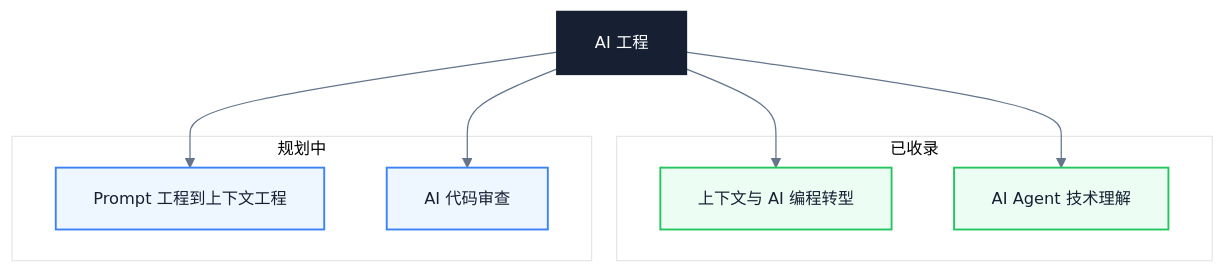
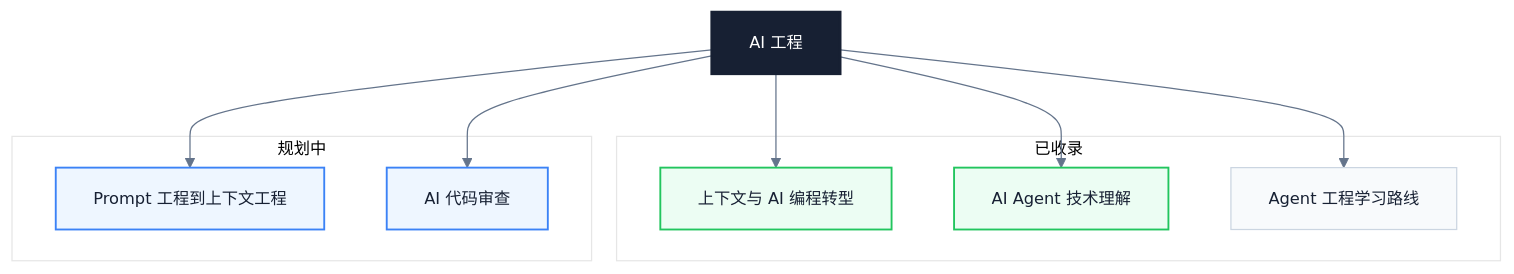
Before and after one commit to Fatejian/frontier-vault: the diagram in docs/ai/index.md, drawn with Mermaid. The commit also changed other lines of this file and 5 other files, not shown here.

````diff
--- a/docs/ai/index.md
+++ b/docs/ai/index.md
@@ -17,29 +17,31 @@
 ```mermaid
 %%{init: {'theme': 'base', 'themeVariables': {'fontFamily': 'Inter, PingFang SC, Microsoft YaHei, sans-serif', 'primaryColor': '#F8FAFC', 'primaryTextColor': '#172033', 'primaryBorderColor': '#CBD5E1', 'lineColor': '#64748B', 'fontSize': '13px'}}}%%
 
 flowchart TB
     center["AI 工程"]
 
     subgraph 已收录
         work1["上下文与 AI 编程转型"]
         work2["AI Agent 技术理解"]
+        work3["Agent 工程学习路线"]
     end
 
     subgraph 规划中
         wait1["Prompt 工程到上下文工程"]
         wait3["AI 代码审查"]
     end
 
     center --> work1
     center --> work2
+    center --> work3
     center --> wait1
     center --> wait3
 
     classDef core fill:#172033,color:#fff,stroke:#172033,stroke-width:2px
     classDef work fill:#ECFDF3,stroke:#22C55E,color:#172033,stroke-width:1.5px
     classDef wait fill:#EEF6FF,stroke:#3B82F6,color:#172033,stroke-width:1.5px
 
     class center core
     class work1,work2 work
     class wait1,wait3 wait
 ```
````
